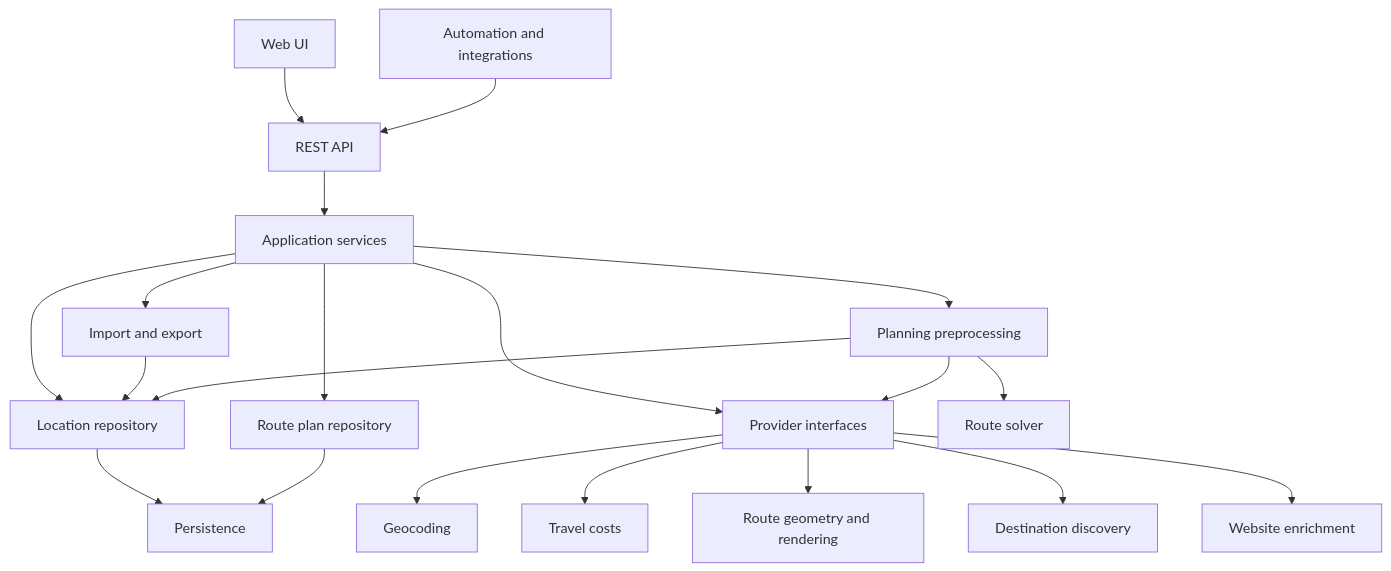
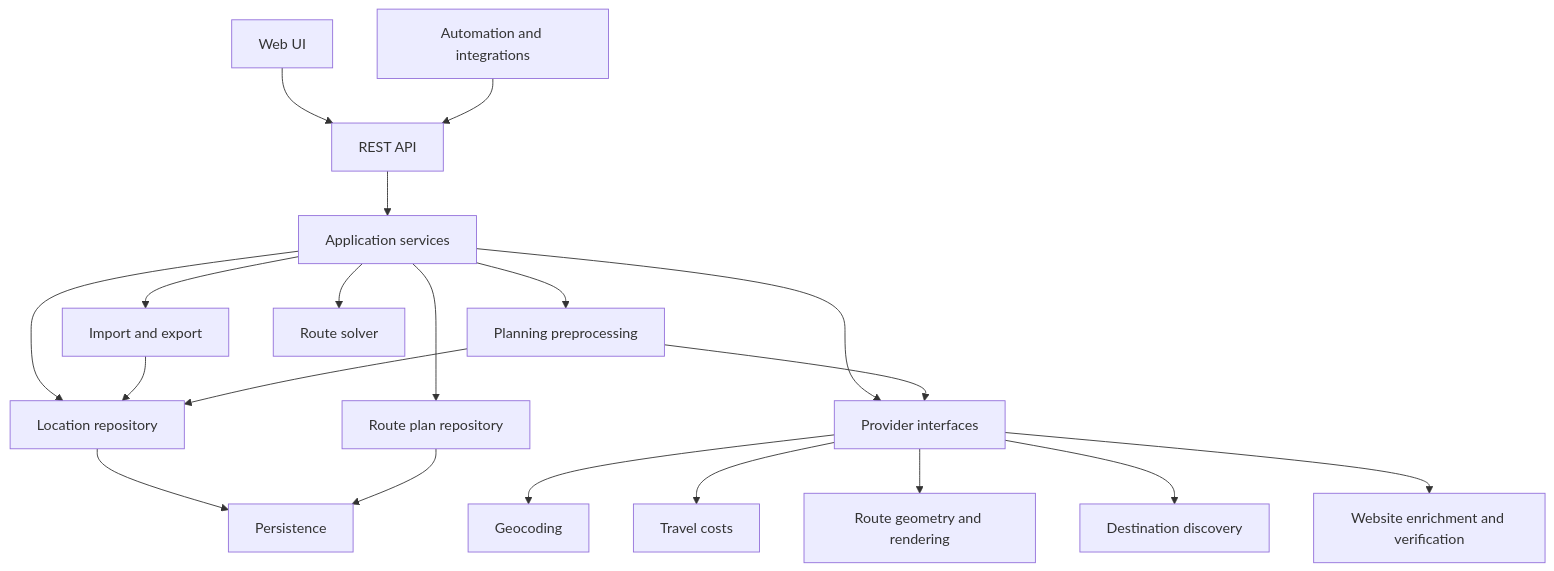
The diagram in ARCHITECTURE.md (dondemaio/tourguide), drawn with Mermaid before and after one commit. The commit also changed other lines of this file, not shown here.

Commit message:
Resolve remaining roadmap and architecture ambiguities in ARCHITECTURE.md

````diff
--- a/ARCHITECTURE.md
+++ b/ARCHITECTURE.md
@@ -21,22 +23,22 @@
 ```mermaid
 flowchart TD
     UI[Web UI] --> API[REST API]
     EXT[Automation and integrations] --> API
     API --> APP[Application services]
     APP --> EX[Import and export]
     APP --> PRE[Planning preprocessing]
     APP --> LOC[Location repository]
     APP --> PLAN[Route plan repository]
     APP --> BACK[Provider interfaces]
     EX --> LOC
     PRE --> LOC
-    PRE --> SOL[Route solver]
+    APP --> SOL[Route solver]
     PRE --> BACK
     LOC --> STORE[Persistence]
     PLAN --> STORE
     BACK --> GEO[Geocoding]
     BACK --> COST[Travel costs]
     BACK --> RENDER[Route geometry and rendering]
     BACK --> DISC[Destination discovery]
-    BACK --> ENRICH[Website enrichment]
+    BACK --> ENRICH[Website enrichment and verification]
 ```
````
